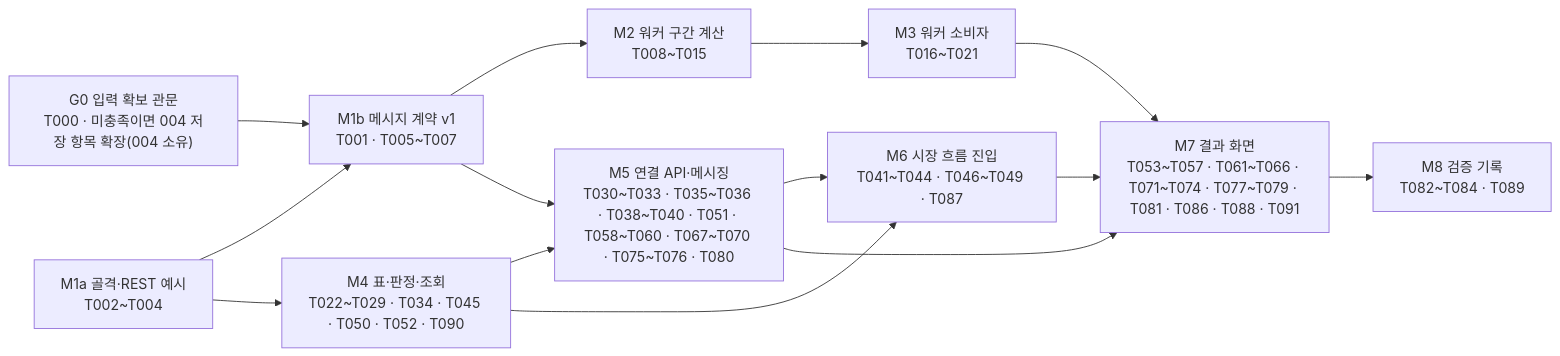
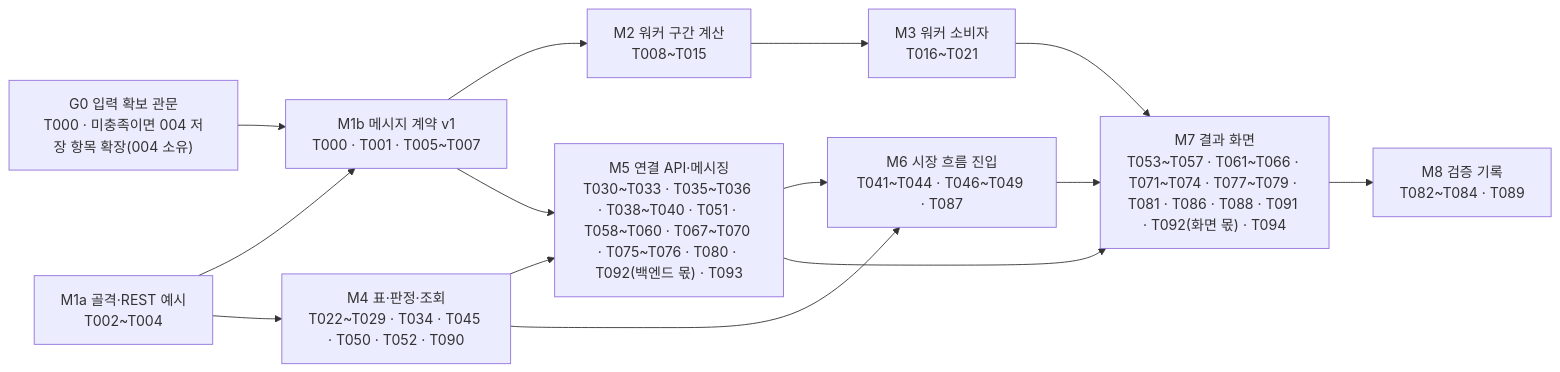
The diagram in specs/011-regime-strategy-link/tasks.md (Thorp-QuantumJump/thorp), drawn with Mermaid before and after one commit. The commit also changed other lines of this file and 18 other files, not shown here.

````diff
--- a/specs/011-regime-strategy-link/tasks.md
+++ b/specs/011-regime-strategy-link/tasks.md
@@ -61,22 +63,22 @@
 ```mermaid
 flowchart LR
   G0["G0 입력 확보 관문<br/>T000 · 미충족이면 004 저장 항목 확장(004 소유)"]
   M1a["M1a 골격·REST 예시<br/>T002~T004"]
-  M1b["M1b 메시지 계약 v1<br/>T001 · T005~T007"]
+  M1b["M1b 메시지 계약 v1<br/>T000 · T001 · T005~T007"]
   M2["M2 워커 구간 계산<br/>T008~T015"]
   M3["M3 워커 소비자<br/>T016~T021"]
   M4["M4 표·판정·조회<br/>T022~T029 · T034 · T045 · T050 · T052 · T090"]
-  M5["M5 연결 API·메시징<br/>T030~T033 · T035~T036 · T038~T040 · T051 · T058~T060 · T067~T070 · T075~T076 · T080"]
+  M5["M5 연결 API·메시징<br/>T030~T033 · T035~T036 · T038~T040 · T051 · T058~T060 · T067~T070 · T075~T076 · T080 · T092(백엔드 몫) · T093"]
   M6["M6 시장 흐름 진입<br/>T041~T044 · T046~T049 · T087"]
-  M7["M7 결과 화면<br/>T053~T057 · T061~T066 · T071~T074 · T077~T079 · T081 · T086 · T088 · T091"]
+  M7["M7 결과 화면<br/>T053~T057 · T061~T066 · T071~T074 · T077~T079 · T081 · T086 · T088 · T091 · T092(화면 몫) · T094"]
   M8["M8 검증 기록<br/>T082~T084 · T089"]
   G0 --> M1b --> M2 --> M3
   M1a --> M1b
   M1a --> M4 --> M5
   M1b --> M5
   M4 --> M6
   M5 --> M6
   M3 --> M7
   M5 --> M7
   M6 --> M7 --> M8
 ```
````
